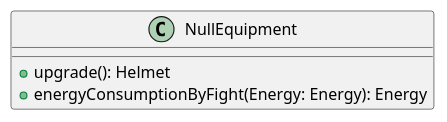
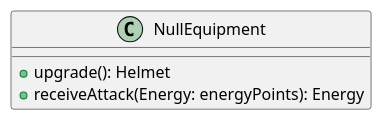
One commit to PabloGCH/tp2-algo3 changed the diagram in diagrams/classes/Equipment/NullEquipment.plantuml. Above: the diagram before and after it, drawn with PlantUML. The commit also changed 9 other files, not shown here.

Commit message:
Upgrade Equipment diagrams, 2 diagram explaining its relationship with Gladiator and Energy

```diff
--- a/diagrams/classes/Equipment/NullEquipment.plantuml
+++ b/diagrams/classes/Equipment/NullEquipment.plantuml
@@ -1,6 +1,6 @@
 @startuml
 class NullEquipment {
     +upgrade(): Helmet
-    +energyConsumptionByFight(Energy: Energy): Energy
+    +receiveAttack(Energy: energyPoints): Energy
 }
 @enduml
```
